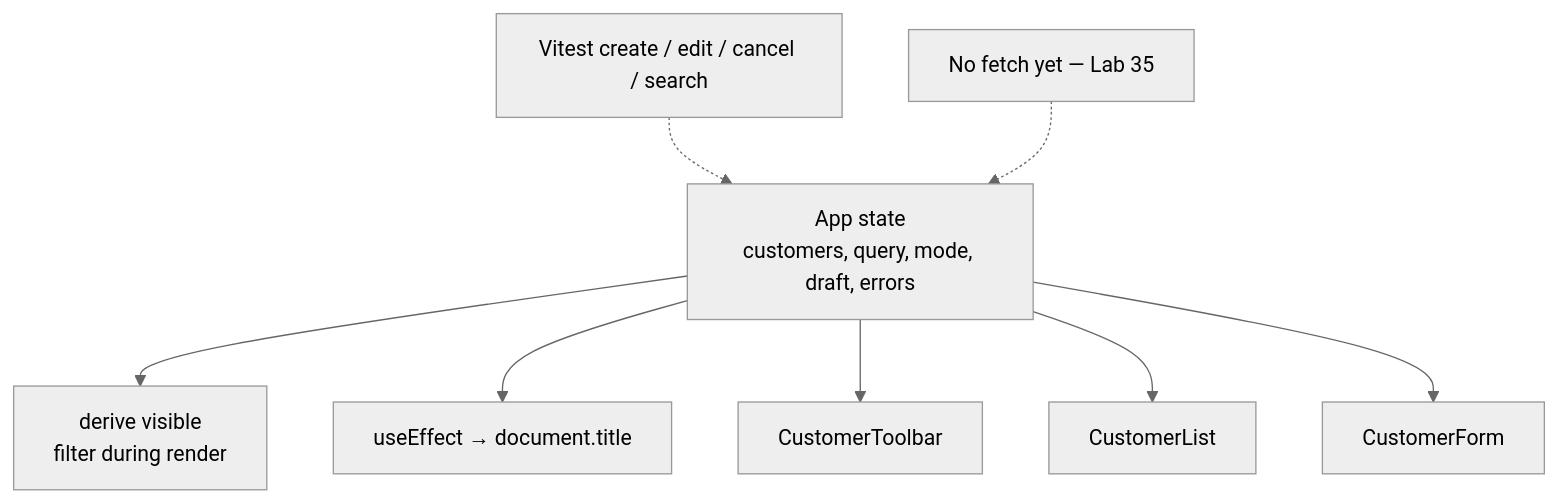
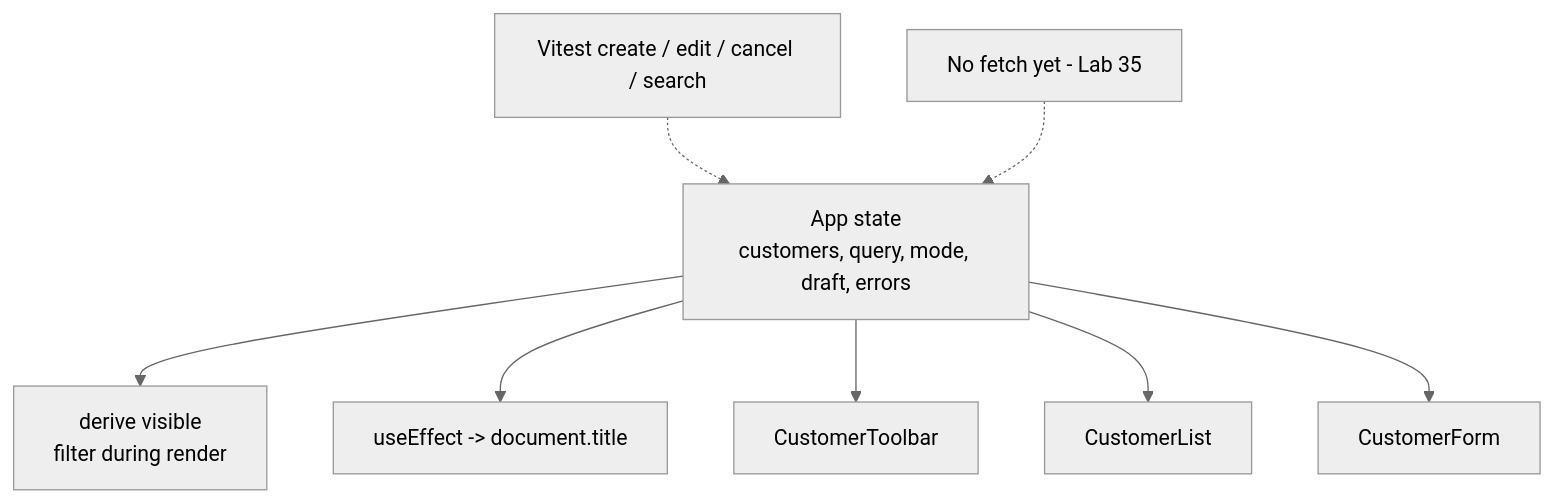
The first of 2 diagrams in labs/Week 4 - Kafka, React, PostgreSQL and Resilience/module-34/lab34/LAB-34-GUIDE.md (pupilliluke/bc-sw-engineer-java-participant), drawn with Mermaid (neutral theme) before and after one commit. The commit also changed other lines of this file and 55 other files, not shown here.

Commit message:
Stop publishing local screenshots; harden Mermaid for GitHub; sync only tracked lab files.

````diff
--- a/labs/Week 4 - Kafka, React, PostgreSQL and Resilience/module-34/lab34/LAB-34-GUIDE.md
+++ b/labs/Week 4 - Kafka, React, PostgreSQL and Resilience/module-34/lab34/LAB-34-GUIDE.md
@@ -87,10 +87,10 @@
 ```mermaid
 flowchart TB
   App["App state<br/>customers, query, mode, draft, errors"] --> Vis["derive visible<br/>filter during render"]
-  App --> Title["useEffect → document.title"]
+  App --> Title["useEffect -> document.title"]
   App --> TB["CustomerToolbar"]
   App --> List["CustomerList"]
   App --> Form["CustomerForm"]
   Test["Vitest create / edit / cancel / search"] -.-> App
-  Note["No fetch yet — Lab 35"] -.-> App
+  Note["No fetch yet - Lab 35"] -.-> App
 ```
````
